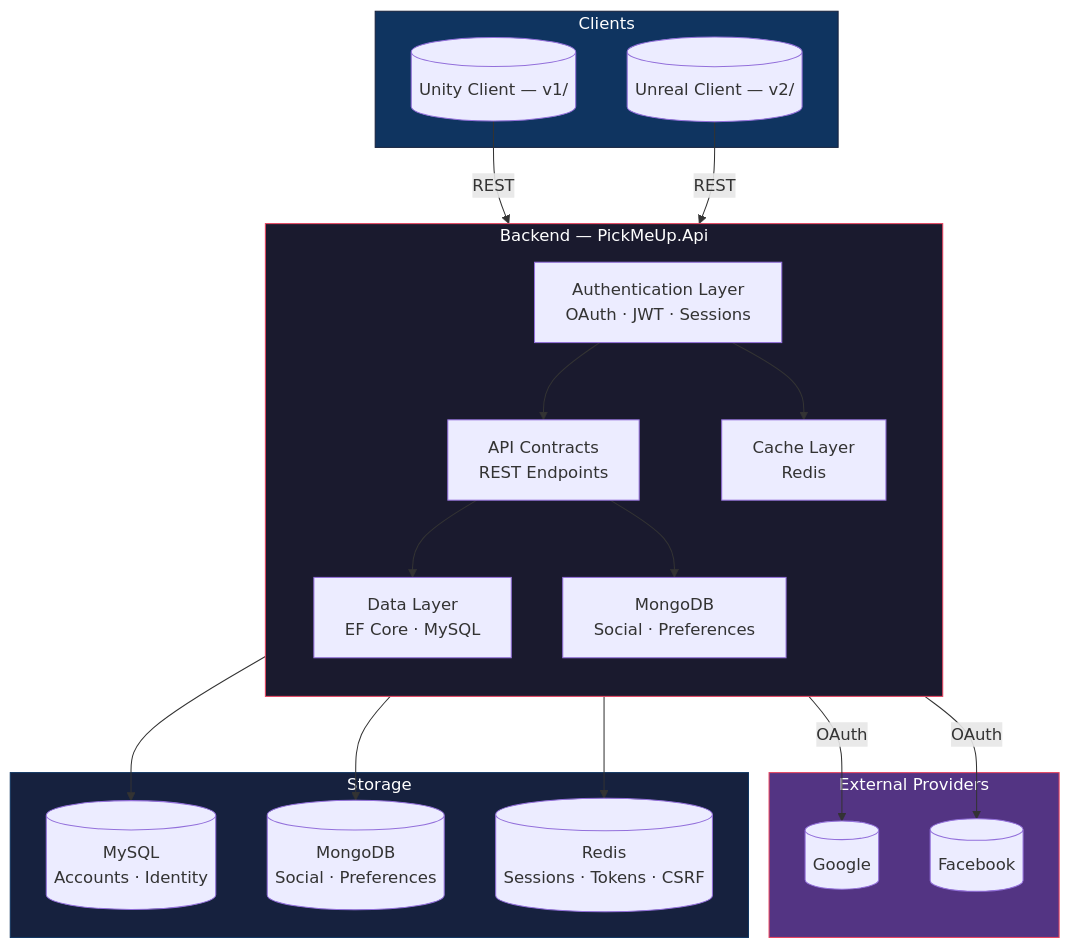
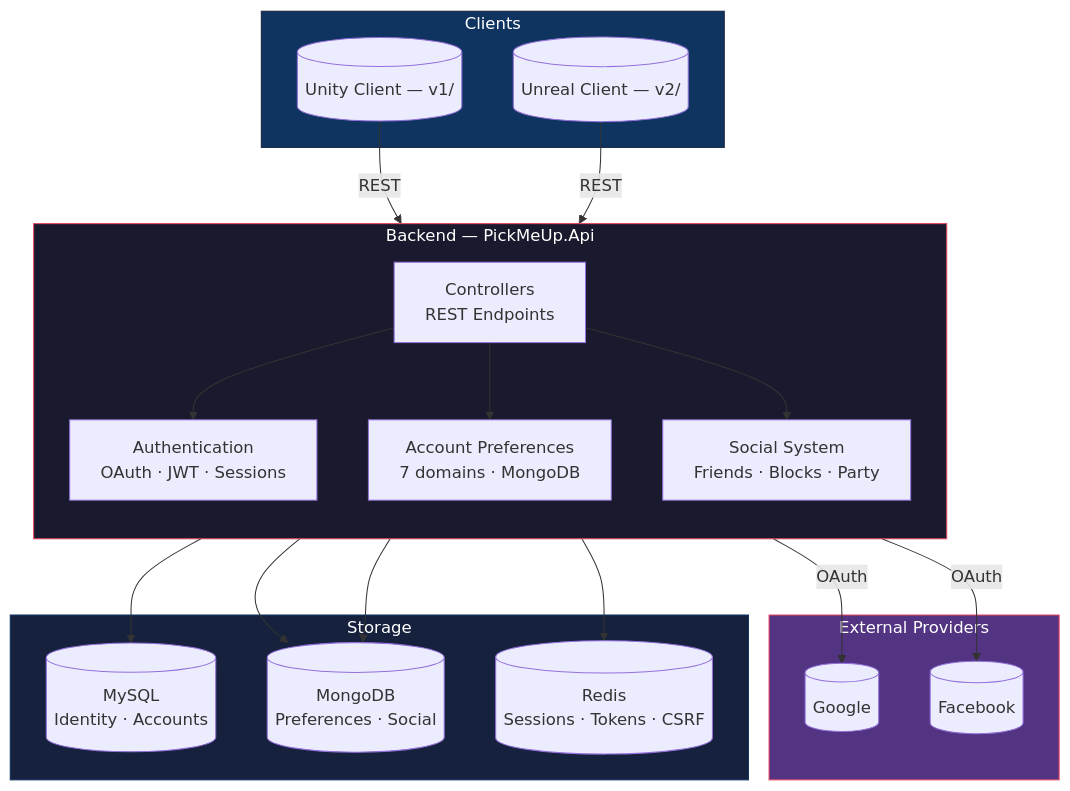
Before and after one commit to MatthewJacobSD/pick-me-up-infinite-gacha: the diagram in PickMeUp.Api/README.md, drawn with Mermaid. The commit also changed other lines of this file and 1 other file, not shown here.

First line of the commit message:
docs: update README and settings architecture with implementation status

````diff
--- a/PickMeUp.Api/README.md
+++ b/PickMeUp.Api/README.md
@@ -9,44 +9,43 @@
 ```mermaid
 graph TB
     subgraph Clients
         U[("Unity Client — v1/")]
         UE[("Unreal Client — v2/")]
     end
 
     subgraph Backend["Backend — PickMeUp.Api"]
         direction TB
-        Auth["Authentication Layer<br>OAuth · JWT · Sessions"]
-        API["API Contracts<br>REST Endpoints"]
-        Data["Data Layer<br>EF Core · MySQL"]
-        Mongo["MongoDB<br>Social · Preferences"]
-        Cache["Cache Layer<br>Redis"]
+        Auth["Authentication<br>OAuth · JWT · Sessions"]
+        AccPref["Account Preferences<br>7 domains · MongoDB"]
+        Soc["Social System<br>Friends · Blocks · Party"]
+        API["Controllers<br>REST Endpoints"]
     end
 
     subgraph Providers["External Providers"]
         G[("Google")]
         F[("Facebook")]
     end
 
     subgraph Storage
-        MySQL[("MySQL<br>Accounts · Identity")]
-        MongoDB[("MongoDB<br>Social · Preferences")]
+        MySQL[("MySQL<br>Identity · Accounts")]
+        MongoDB[("MongoDB<br>Preferences · Social")]
         Redis[("Redis<br>Sessions · Tokens · CSRF")]
     end
 
-    U -->|REST| Auth
-    UE -->|REST| Auth
-    Auth --> API
-    API --> Data
-    API --> Mongo
-    Auth --> Cache
-    Data --> MySQL
-    Mongo --> MongoDB
-    Cache --> Redis
+    U -->|REST| API
+    UE -->|REST| API
+    API --> Auth
+    API --> AccPref
+    API --> Soc
+    Auth --> Redis
+    AccPref --> MongoDB
+    Soc --> MongoDB
+    Auth --> MySQL
     Auth -->|OAuth| G
     Auth -->|OAuth| F
 
     style Backend fill:#1a1a2e,stroke:#e94560,color:#fff
     style Clients fill:#0f3460,stroke:#16213e,color:#fff
     style Providers fill:#533483,stroke:#e94560,color:#fff
     style Storage fill:#16213e,stroke:#0f3460,color:#fff
 ```
````
